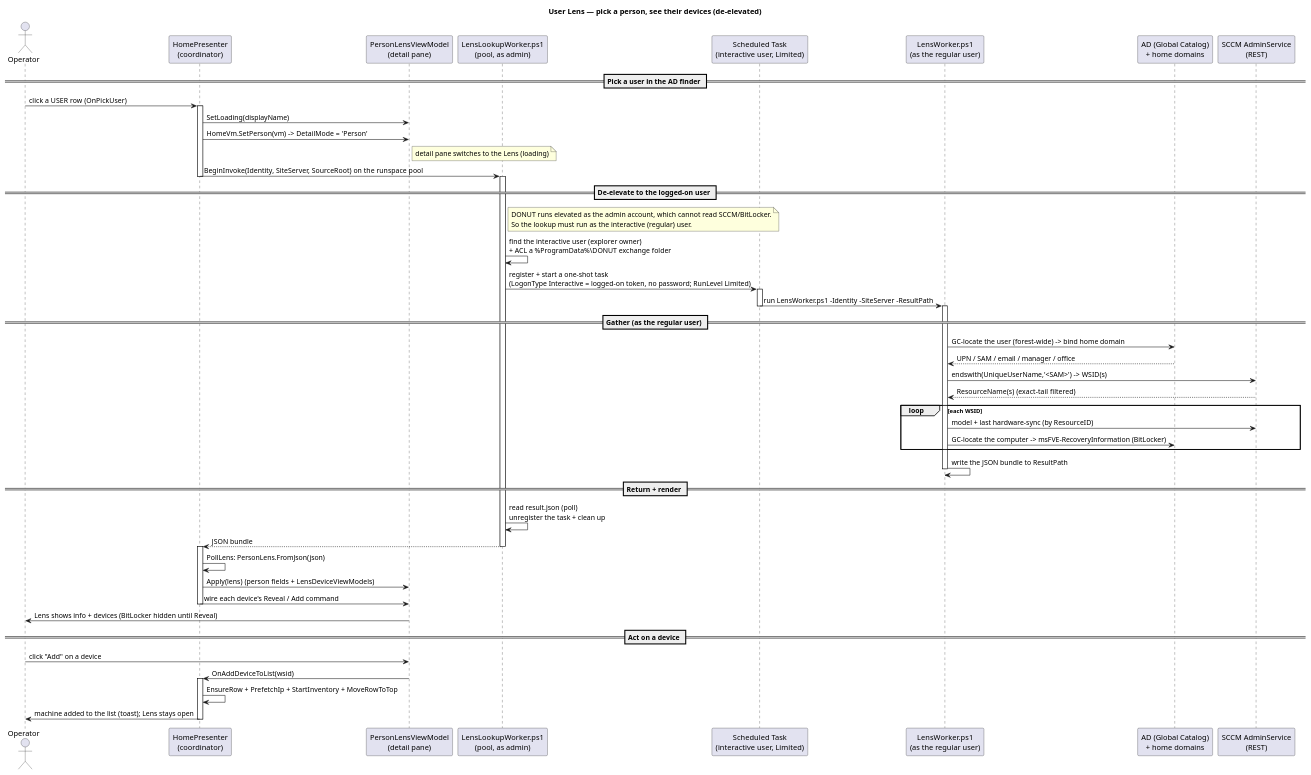
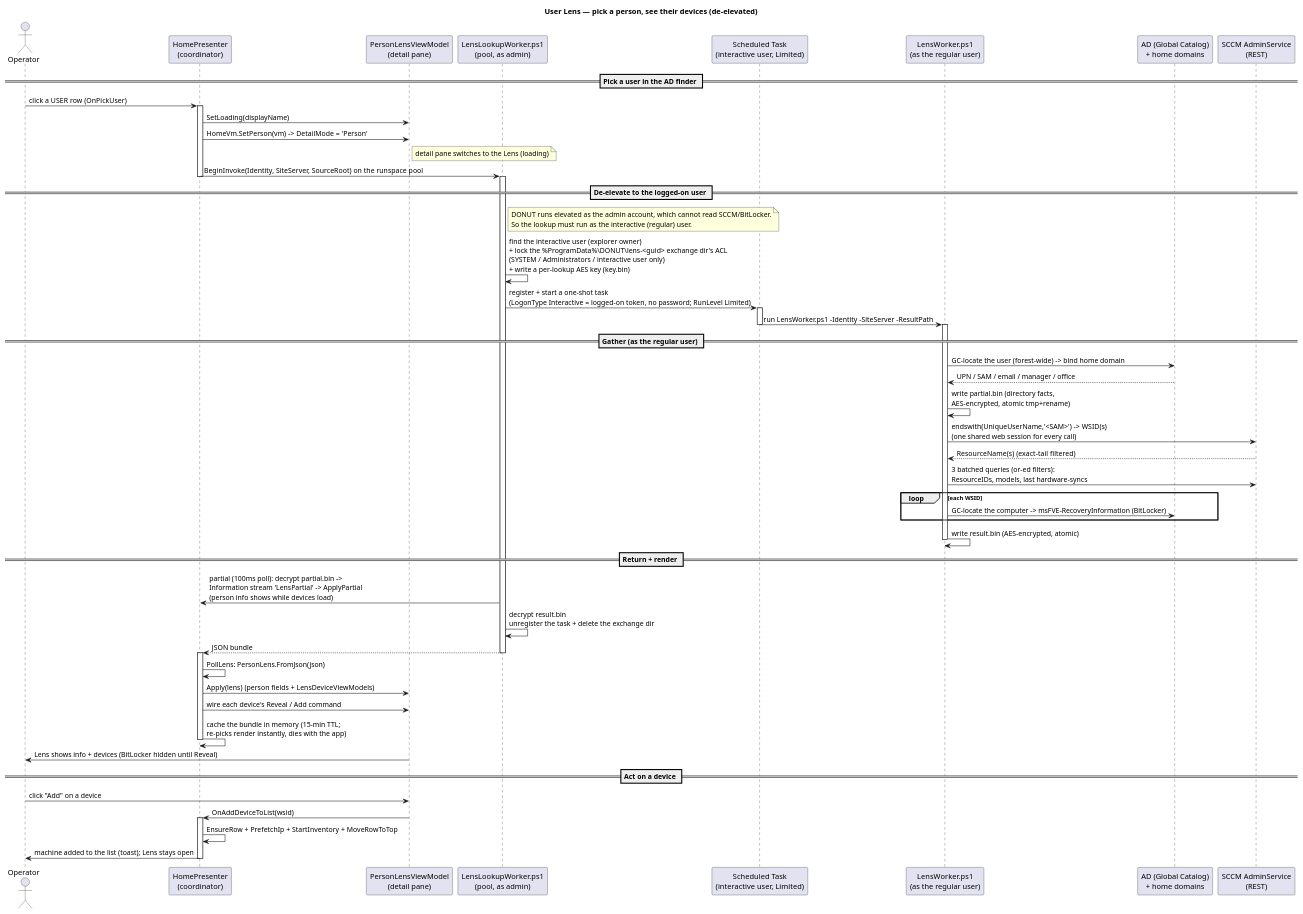
The diagram in docs/diagrams/lens_lookup_sequence_diagram.puml (Danial-Changez/DONUT), drawn with PlantUML before and after one commit. The commit also changed 6 other files, not shown here.

First line of the commit message:
Speed up + secure the Lens lookup exchange

```diff
--- a/docs/diagrams/lens_lookup_sequence_diagram.puml
+++ b/docs/diagrams/lens_lookup_sequence_diagram.puml
@@ -1,65 +1,68 @@
 @startuml Lens Lookup Sequence Diagram
 title User Lens — pick a person, see their devices (de-elevated)
 
 actor Operator as OP
 participant "HomePresenter\n(coordinator)" as P
 participant "PersonLensViewModel\n(detail pane)" as VM
 participant "LensLookupWorker.ps1\n(pool, as admin)" as PW
 participant "Scheduled Task\n(interactive user, Limited)" as TASK
 participant "LensWorker.ps1\n(as the regular user)" as LW
 participant "AD (Global Catalog)\n+ home domains" as AD
 participant "SCCM AdminService\n(REST)" as SCCM
 
 == Pick a user in the AD finder ==
 OP -> P : click a USER row  (OnPickUser)
 activate P
 P -> VM : SetLoading(displayName)
 P -> VM : HomeVm.SetPerson(vm)  -> DetailMode = 'Person'
 note right of VM : detail pane switches to the Lens (loading)
 P -> PW : BeginInvoke(Identity, SiteServer, SourceRoot)  on the runspace pool
 deactivate P
 
 == De-elevate to the logged-on user ==
 activate PW
 note right of PW
   DONUT runs elevated as the admin account, which cannot read SCCM/BitLocker.
   So the lookup must run as the interactive (regular) user.
 end note
-PW -> PW : find the interactive user (explorer owner)\n+ ACL a %ProgramData%\\DONUT exchange folder
+PW -> PW : find the interactive user (explorer owner)\n+ lock the %ProgramData%\\DONUT\\lens-<guid> exchange dir's ACL\n(SYSTEM / Administrators / interactive user only)\n+ write a per-lookup AES key (key.bin)
 PW -> TASK : register + start a one-shot task\n(LogonType Interactive = logged-on token, no password; RunLevel Limited)
 activate TASK
 TASK -> LW : run LensWorker.ps1 -Identity -SiteServer -ResultPath
 deactivate TASK
 activate LW
 
 == Gather (as the regular user) ==
 LW -> AD : GC-locate the user (forest-wide) -> bind home domain
 AD --> LW : UPN / SAM / email / manager / office
-LW -> SCCM : endswith(UniqueUserName,'<SAM>')  -> WSID(s)
+LW -> LW : write partial.bin (directory facts,\nAES-encrypted, atomic tmp+rename)
+LW -> SCCM : endswith(UniqueUserName,'<SAM>')  -> WSID(s)\n(one shared web session for every call)
 SCCM --> LW : ResourceName(s)  (exact-tail filtered)
+LW -> SCCM : 3 batched queries (or-ed filters):\nResourceIDs, models, last hardware-syncs
 loop each WSID
-  LW -> SCCM : model + last hardware-sync (by ResourceID)
   LW -> AD : GC-locate the computer -> msFVE-RecoveryInformation (BitLocker)
 end
-LW -> LW : write the JSON bundle to ResultPath
+LW -> LW : write result.bin (AES-encrypted, atomic)
 deactivate LW
 
 == Return + render ==
-PW -> PW : read result.json (poll)\nunregister the task + clean up
+PW -> P : partial (100ms poll): decrypt partial.bin ->\nInformation stream 'LensPartial' -> ApplyPartial\n(person info shows while devices load)
+PW -> PW : decrypt result.bin\nunregister the task + delete the exchange dir
 PW --> P : JSON bundle
 deactivate PW
 activate P
 P -> P : PollLens: PersonLens.FromJson(json)
 P -> VM : Apply(lens)  (person fields + LensDeviceViewModels)
 P -> VM : wire each device's Reveal / Add command
+P -> P : cache the bundle in memory (15-min TTL;\nre-picks render instantly, dies with the app)
 deactivate P
 VM -> OP : Lens shows info + devices (BitLocker hidden until Reveal)
 
 == Act on a device ==
 OP -> VM : click "Add" on a device
 VM -> P : OnAddDeviceToList(wsid)
 activate P
 P -> P : EnsureRow + PrefetchIp + StartInventory + MoveRowToTop
 P -> OP : machine added to the list (toast); Lens stays open
 deactivate P
 @enduml
```
